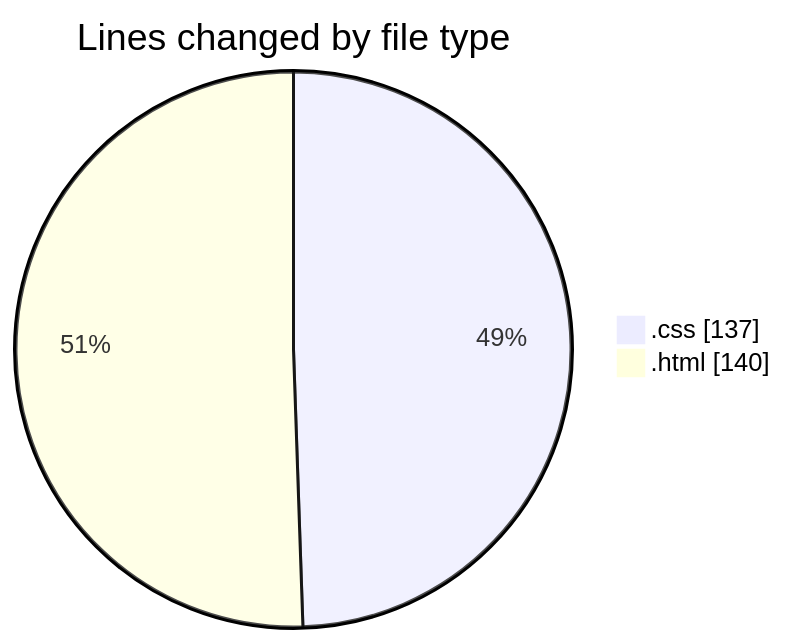
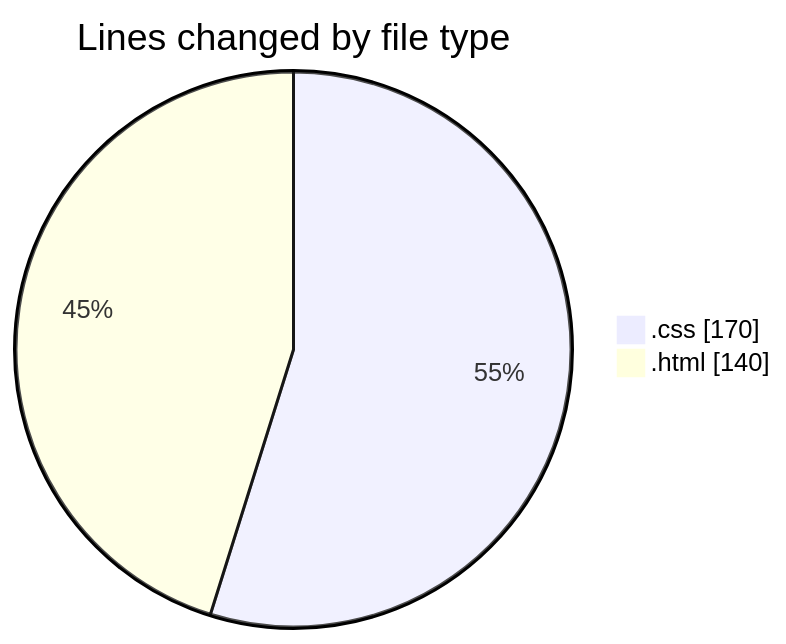
The first of 2 diagrams in 2025-02-07/recipe-page-main/README.md (NitaiMahat/code-tracking), drawn with Mermaid before and after one commit. The commit also changed other lines of this file and 1 other file, not shown here.

````diff
--- a/2025-02-07/recipe-page-main/README.md
+++ b/2025-02-07/recipe-page-main/README.md
@@ -21,6 +21,6 @@
 ```mermaid
 pie showData
 title Lines changed by file type
-".css" : 137
+".css" : 170
 ".html" : 140
 ```
````
